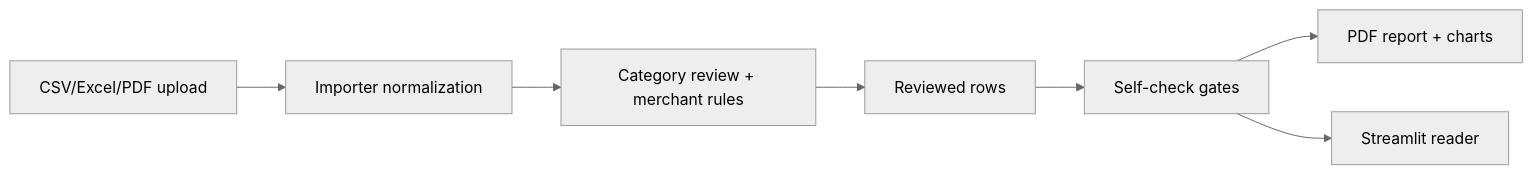
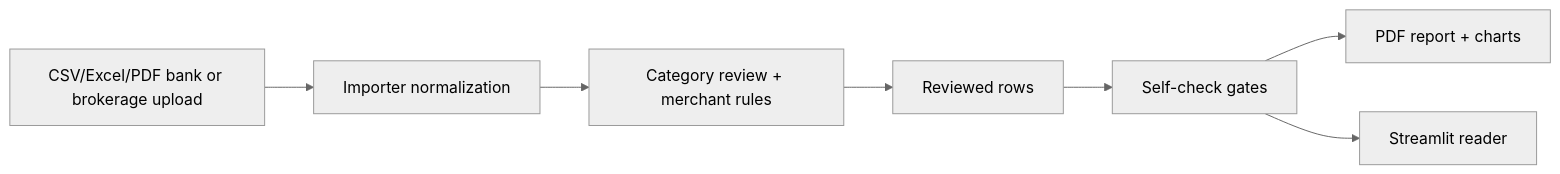
The diagram in README.md (Pmadge/personal-finance-cfo-agent), drawn with Mermaid (neutral theme) before and after one commit. The commit also changed other lines of this file and 12 other files, not shown here.

````diff
--- a/README.md
+++ b/README.md
@@ -87,9 +87,9 @@
 ```mermaid
 flowchart LR
-    A[CSV/Excel/PDF upload] --> B[Importer normalization]
+    A[CSV/Excel/PDF bank or brokerage upload] --> B[Importer normalization]
     B --> C[Category review + merchant rules]
     C --> D[Reviewed rows]
     D --> E[Self-check gates]
     E --> F[PDF report + charts]
     E --> G[Streamlit reader]
 ```
````
